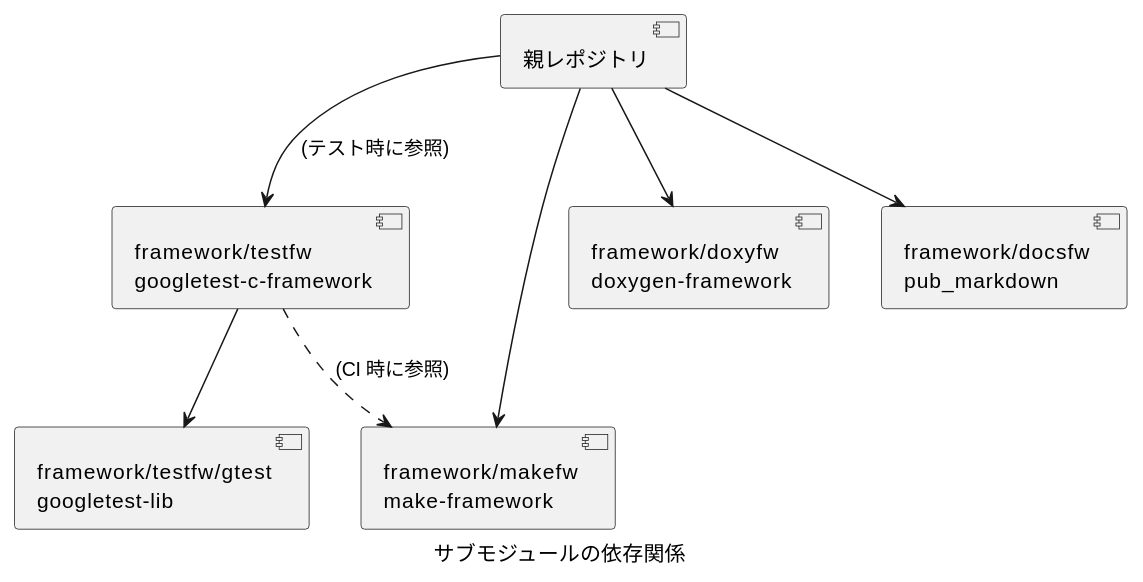
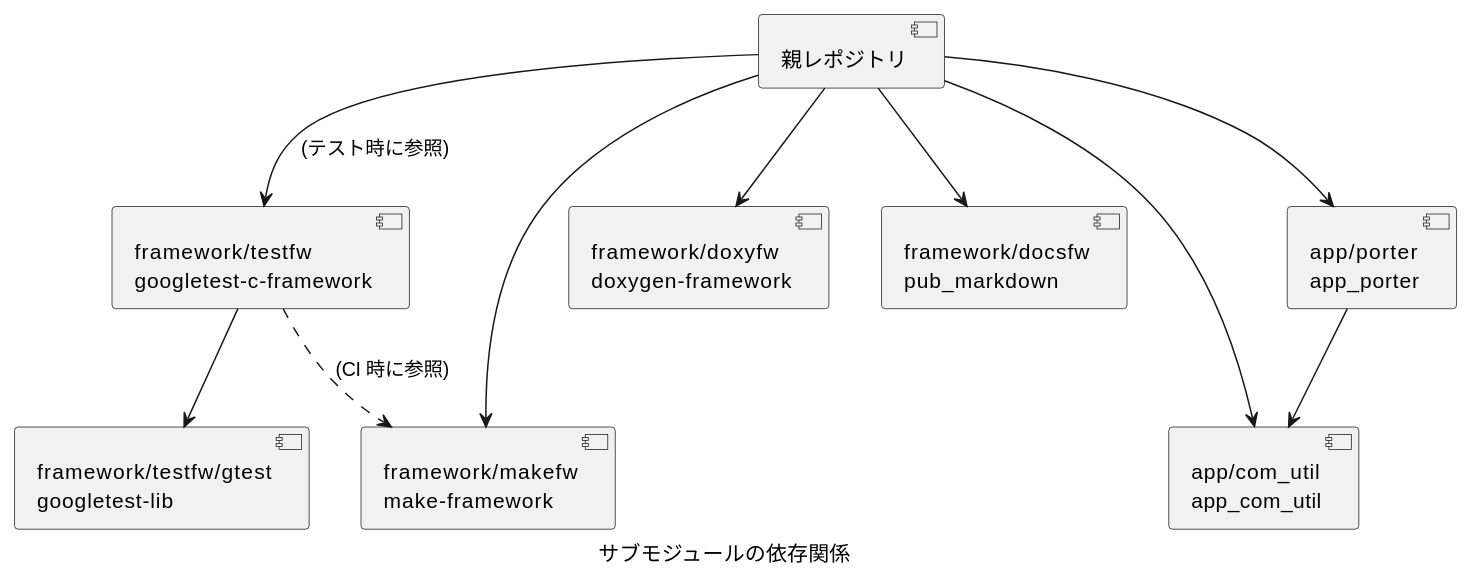
One commit to Hondarer/c-modernization-kit changed the diagram in README.md. Above: the diagram before and after it, drawn with PlantUML. The commit also changed other lines of this file and 4 other files, not shown here.

````diff
--- a/README.md
+++ b/README.md
@@ -86,19 +79,24 @@
 ```plantuml
 @startuml サブモジュールの依存関係
     caption サブモジュールの依存関係
     component "framework/testfw/gtest\ngoogletest-lib" as gtest
     component "framework/testfw\ngoogletest-c-framework" as testfw
     component "framework/makefw\nmake-framework" as makefw
     component "framework/doxyfw\ndoxygen-framework" as doxyfw
     component "framework/docsfw\npub_markdown" as docsfw
+    component "app/com_util\napp_com_util" as com_util
+    component "app/porter\napp_porter" as porter
     component "親レポジトリ" as this
 
     testfw --> gtest
     testfw ..> makefw : (CI 時に参照)
+    porter --> com_util
+    this --> com_util
+    this --> porter
     this --> doxyfw
     this --> docsfw
     this --> makefw
     this --> testfw : (テスト時に参照)
 
 @enduml
 ```
````
